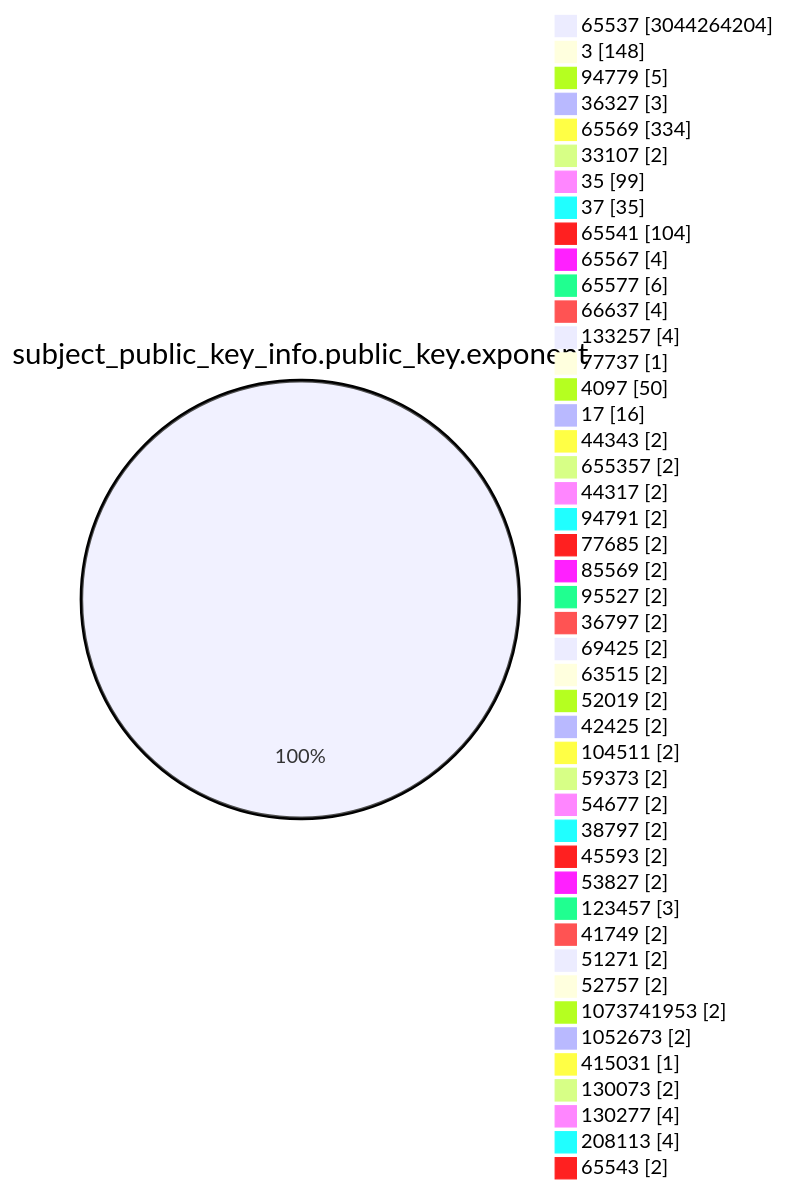
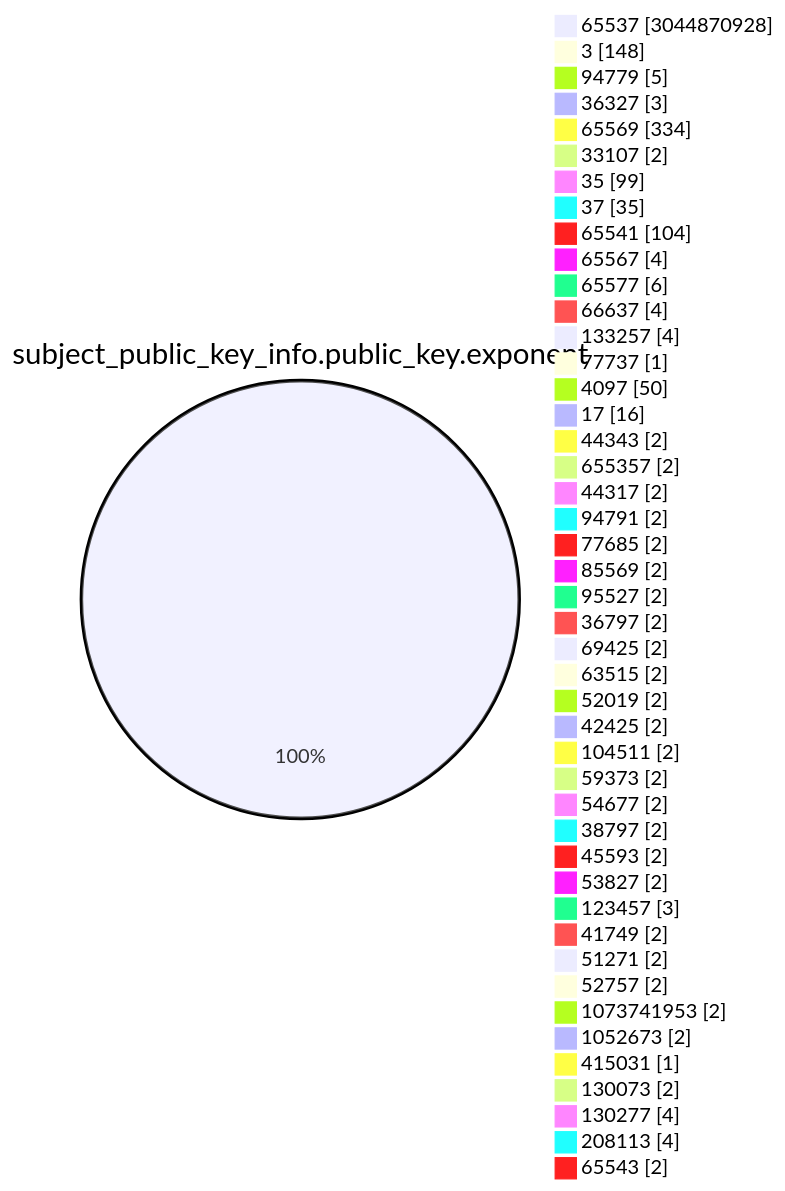
One commit to christiankrug/ctmonitor_visualization changed the fourth of 15 diagrams in TOTAL/README.md. Above: the diagram before and after it, drawn with Mermaid. The commit also changed other lines of this file, not shown here.

````diff
--- a/TOTAL/README.md
+++ b/TOTAL/README.md
@@ -1473,49 +1473,49 @@
 ```mermaid
 pie showData
 title subject_public_key_info.public_key.exponent
-"65537" :3044264204
+"65537" :3044870928
 "3" :148
 "94779" :5
 "36327" :3
 "65569" :334
 "33107" :2
 "35" :99
 "37" :35
 "65541" :104
 "65567" :4
 "65577" :6
 "66637" :4
 "133257" :4
 "77737" :1
 "4097" :50
 "17" :16
 "44343" :2
 "655357" :2
 "44317" :2
 "94791" :2
 "77685" :2
 "85569" :2
 "95527" :2
 "36797" :2
 "69425" :2
 "63515" :2
 "52019" :2
 "42425" :2
 "104511" :2
 "59373" :2
 "54677" :2
 "38797" :2
 "45593" :2
 "53827" :2
 "123457" :3
 "41749" :2
 "51271" :2
 "52757" :2
 "1073741953" :2
 "1052673" :2
 "415031" :1
 "130073" :2
 "130277" :4
 "208113" :4
 "65543" :2
 ```
````
